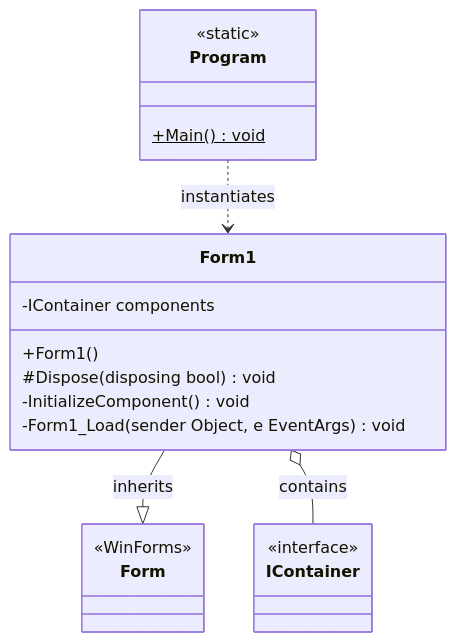
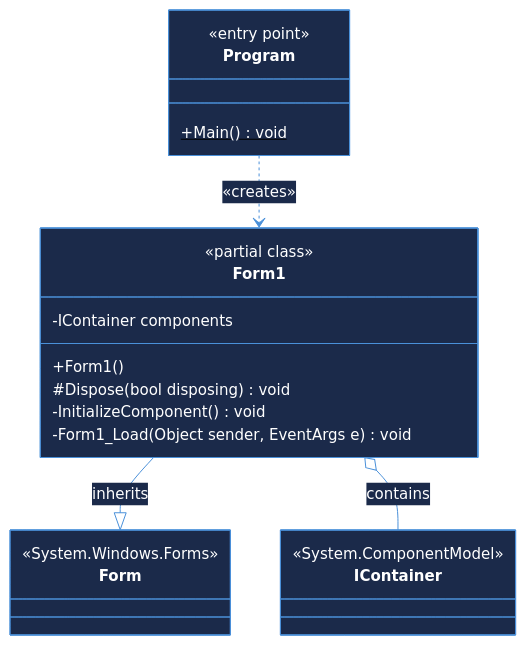
One commit to amitamit10/test1 changed the first of 2 diagrams in class-diagrams.md. Above: the diagram before and after it, drawn with Mermaid. The commit also changed other lines of this file, not shown here.

First line of the commit message:
Beautify class diagrams with dark theme, colors, and inheritance chain

````diff
--- a/class-diagrams.md
+++ b/class-diagrams.md
@@ -11,29 +9,55 @@
 ```mermaid
+%%{init: {
+  "theme": "base",
+  "themeVariables": {
+    "primaryColor":       "#1B2A4A",
+    "primaryTextColor":   "#FFFFFF",
+    "primaryBorderColor": "#4A90D9",
+    "lineColor":          "#4A90D9",
+    "secondaryColor":     "#162032",
+    "tertiaryColor":      "#0D1B2E",
+    "edgeLabelBackground":"#1B2A4A",
+    "background":         "#0D1B2E",
+    "fontFamily":         "Segoe UI, Helvetica, sans-serif",
+    "fontSize":           "15px"
+  }
+}}%%
 classDiagram
     direction TB
 
     class Program {
-        <<static>>
+        <<entry point>>
         +Main()$ void
     }
 
     class Form1 {
+        <<partial class>>
         -IContainer components
         +Form1()
-        #Dispose(disposing bool) void
+        #Dispose(bool disposing) void
         -InitializeComponent() void
-        -Form1_Load(sender Object, e EventArgs) void
+        -Form1_Load(Object sender, EventArgs e) void
     }
 
     class Form {
-        <<WinForms>>
+        <<System.Windows.Forms>>
     }
 
     class IContainer {
-        <<interface>>
+        <<System.ComponentModel>>
     }
 
-    Form1 --|> Form : inherits
-    Form1 o-- IContainer : contains
-    Program ..> Form1 : instantiates
+    Form1        --|>  Form       : inherits
+    Form1        o--  IContainer : contains
+    Program      ..>  Form1      : «creates»
+
+    classDef entryPoint  fill:#0B3D91,stroke:#4A90D9,stroke-width:2px,color:#fff,font-weight:bold
+    classDef customForm  fill:#145A32,stroke:#27AE60,stroke-width:2px,color:#fff,font-weight:bold
+    classDef framework   fill:#4A235A,stroke:#9B59B6,stroke-width:2px,color:#fff
+    classDef iface       fill:#7D3C00,stroke:#E67E22,stroke-width:2px,color:#fff
+
+    class Program:::entryPoint
+    class Form1:::customForm
+    class Form:::framework
+    class IContainer:::iface
 ```
````
